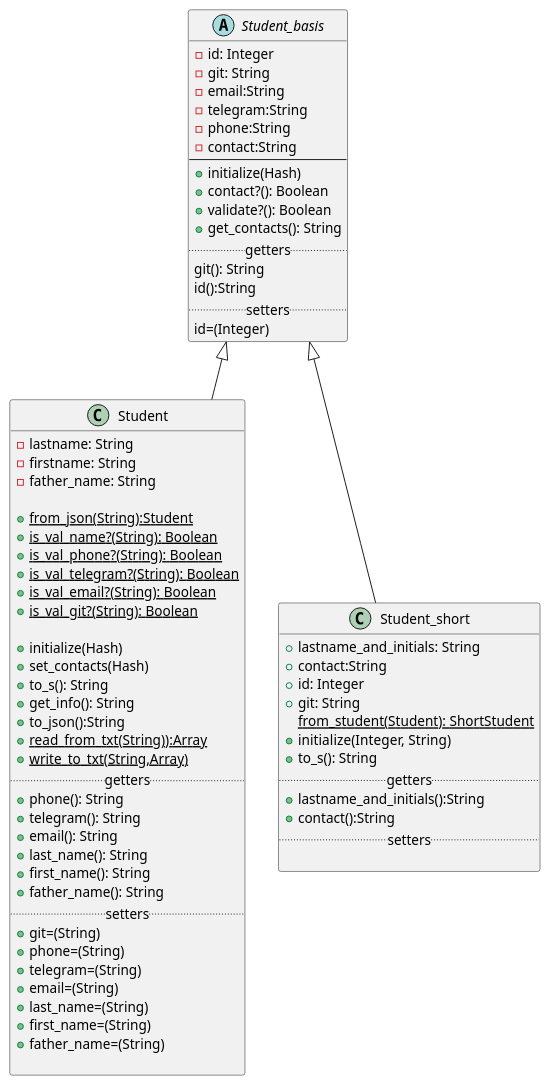
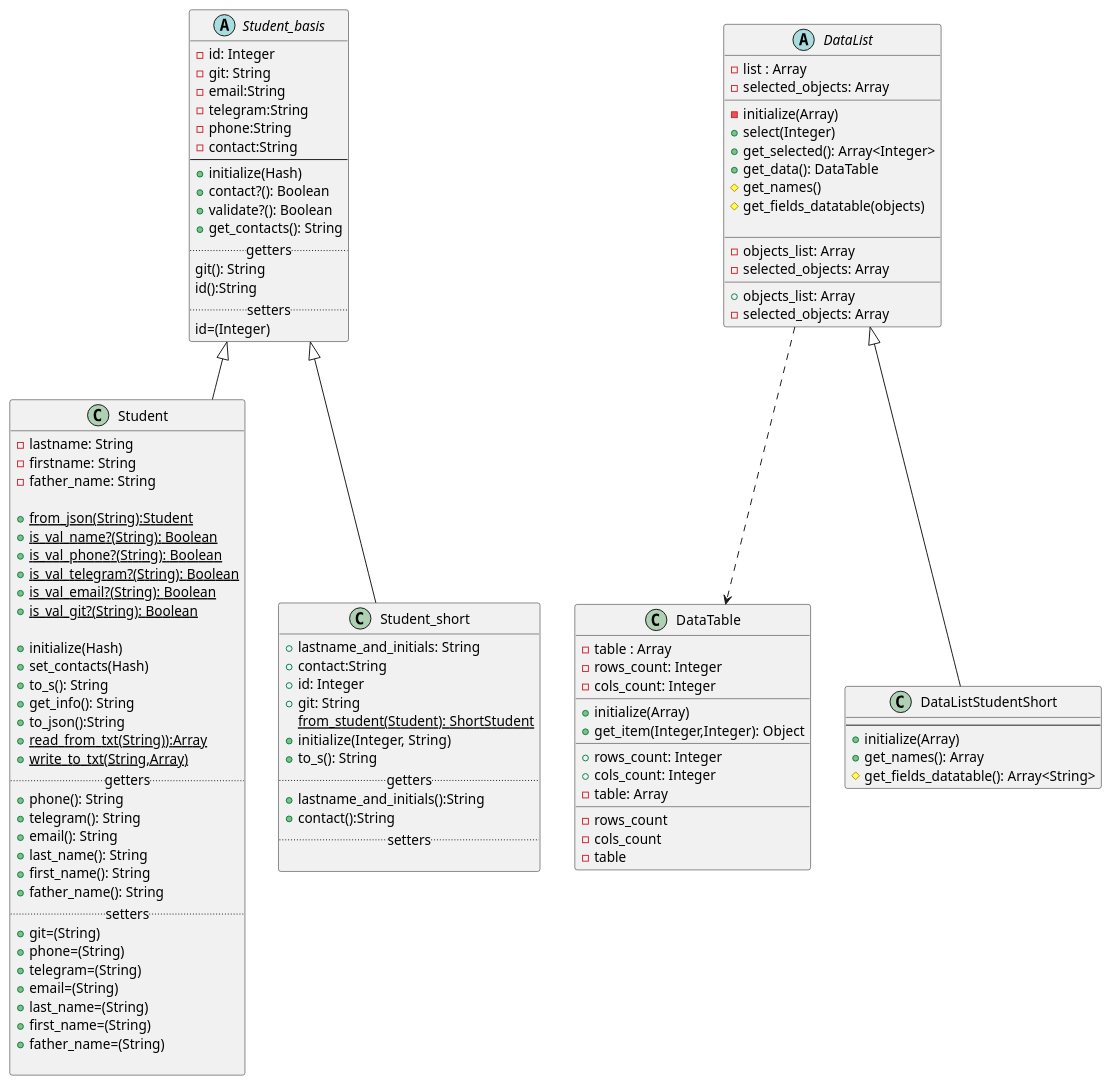
One commit to ColdEiler/pattern changed the diagram in lab2/student_diagrams.puml. Above: the diagram before and after it, drawn with PlantUML. The commit also changed 1 other file, not shown here.

Commit message:
Диаграмма для 3

```diff
--- a/lab2/student_diagrams.puml
+++ b/lab2/student_diagrams.puml
@@ -1,74 +1,118 @@
 @startuml
-'https://plantuml.com/class-diagram'
-
+'https://plantuml.com/class-diagram
 abstract class Student_basis{
      -id: Integer
      -git: String
      -email:String
      -telegram:String
      -phone:String
      -contact:String
 --
      +initialize(Hash)
      +contact?(): Boolean
      +validate?(): Boolean
      +get_contacts(): String
      .. getters..
      git(): String
      id():String
      .. setters ..
      id=(Integer)
 }
 
 class Student extends Student_basis{
      -lastname: String
      -firstname: String
      -father_name: String
 
      +{static}from_json(String):Student
      +{static}is_val_name?(String): Boolean
      +{static}is_val_phone?(String): Boolean
      +{static}is_val_telegram?(String): Boolean
      +{static}is_val_email?(String): Boolean
      +{static}is_val_git?(String): Boolean
 
      +initialize(Hash)
      +set_contacts(Hash)
      +to_s(): String
      +get_info(): String
      +to_json():String
      +{static}read_from_txt(String)):Array
      +{static}write_to_txt(String,Array)
      .. getters ..
      +phone(): String
      +telegram(): String
      +email(): String
      +last_name(): String
      +first_name(): String
      +father_name(): String
      .. setters ..
      +git=(String)
      +phone=(String)
      +telegram=(String)
      +email=(String)
      +last_name=(String)
      +first_name=(String)
      +father_name=(String)
 
 }
 
 class Student_short extends Student_basis{
      +lastname_and_initials: String
      +contact:String
      +id: Integer
      +git: String
      {static}from_student(Student): ShortStudent
      +initialize(Integer, String)
      +to_s(): String
      .. getters ..
      +lastname_and_initials():String
      +contact():String
      .. setters ..
 
 }
+
+
+class DataTable{
+    -table : Array
+    -rows_count: Integer
+    -cols_count: Integer
+    __
+    +initialize(Array)
+    +get_item(Integer,Integer): Object
+    __
+    +rows_count: Integer
+    +cols_count: Integer
+    -table: Array
+    __
+    -rows_count
+    -cols_count
+    -table
+}
+abstract class DataList{
+    -list : Array
+    -selected_objects: Array
+    __
+    -initialize(Array)
+    +select(Integer)
+    +get_selected(): Array<Integer>
+    +get_data(): DataTable
+    #get_names()
+    #get_fields_datatable(objects)
+
+    __
+    -objects_list: Array
+    -selected_objects: Array
+    __
+    +objects_list: Array
+    -selected_objects: Array
+}
+
+class DataListStudentShort extends DataList{
+    --
+    +initialize(Array)
+    +get_names(): Array
+    #get_fields_datatable(): Array<String>
+}
+
+DataList ..> DataTable
 @enduml
```
